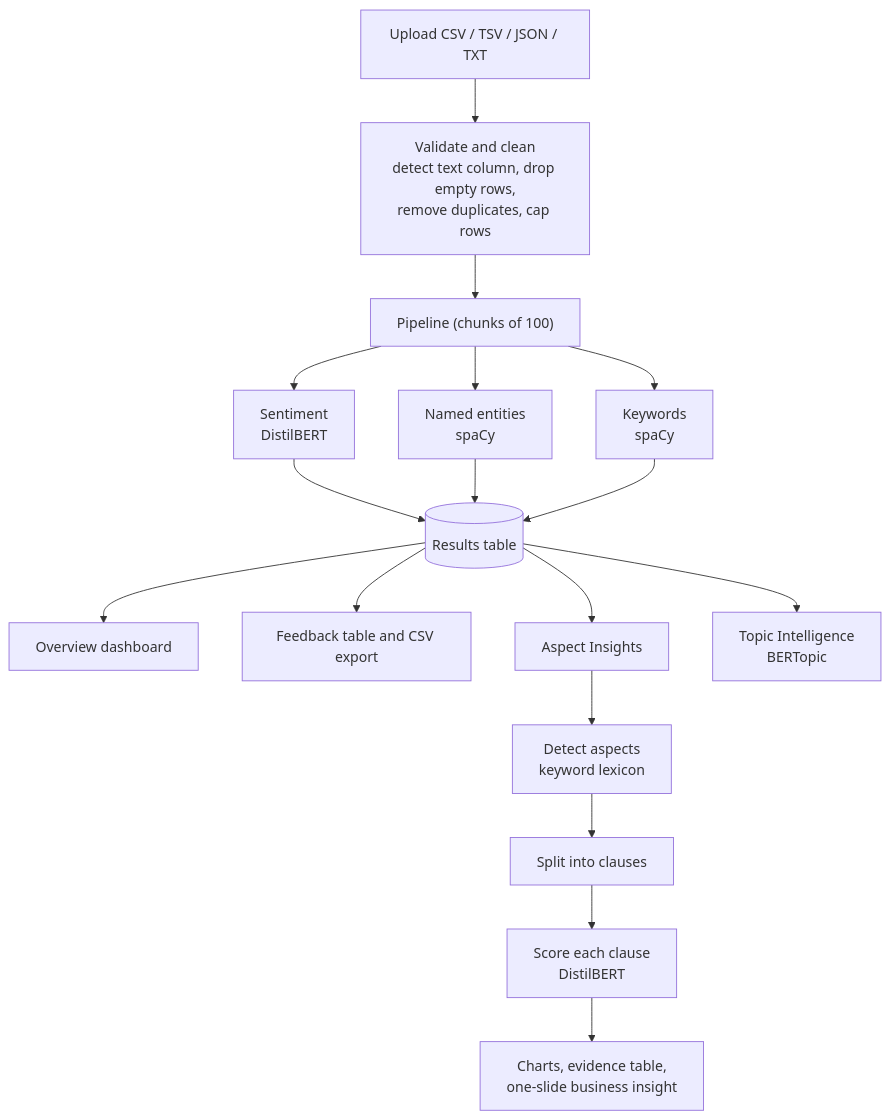
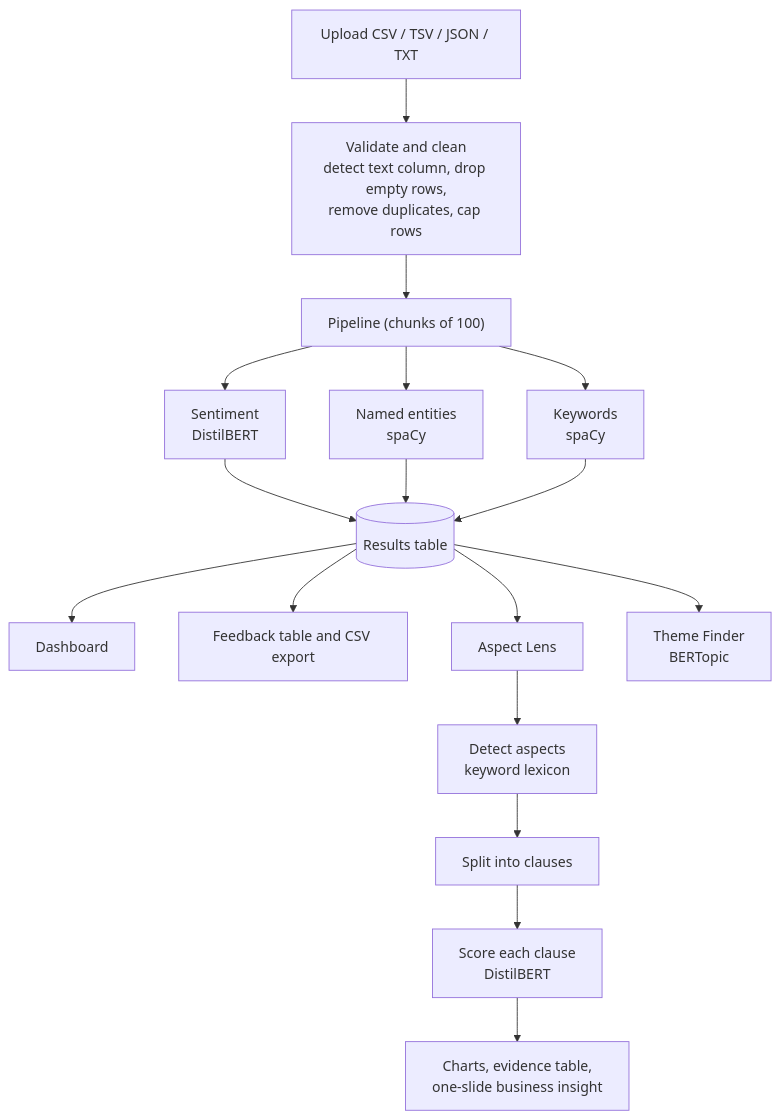
One commit to addyji007-bot/review_insight_engine changed the diagram in README.md. Above: the diagram before and after it, drawn with Mermaid. The commit also changed other lines of this file, not shown here.

````diff
--- a/README.md
+++ b/README.md
@@ -77,19 +76,19 @@
 ```mermaid
 flowchart TD
     A["Upload CSV / TSV / JSON / TXT"] --> B["Validate and clean<br/>detect text column, drop empty rows,<br/>remove duplicates, cap rows"]
     B --> C["Pipeline (chunks of 100)"]
     C --> C1["Sentiment<br/>DistilBERT"]
     C --> C2["Named entities<br/>spaCy"]
     C --> C3["Keywords<br/>spaCy"]
     C1 --> D[("Results table")]
     C2 --> D
     C3 --> D
-    D --> E["Overview dashboard"]
+    D --> E["Dashboard"]
     D --> F["Feedback table and CSV export"]
-    D --> G["Aspect Insights"]
-    D --> H["Topic Intelligence<br/>BERTopic"]
+    D --> G["Aspect Lens"]
+    D --> H["Theme Finder<br/>BERTopic"]
     G --> G1["Detect aspects<br/>keyword lexicon"]
     G1 --> G2["Split into clauses"]
     G2 --> G3["Score each clause<br/>DistilBERT"]
     G3 --> I["Charts, evidence table,<br/>one-slide business insight"]
 ```
````
